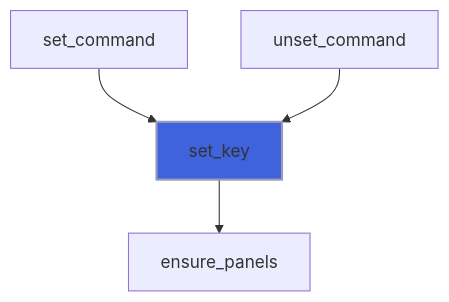
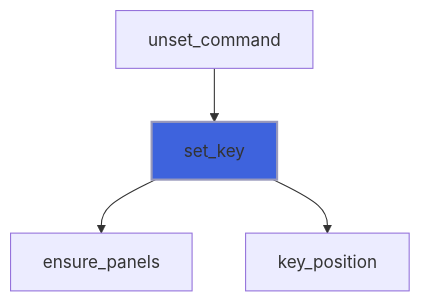
The ninth of 27 diagrams in docs/api/src/lib/foresight_figure.md (szaghi/foresight), drawn with Mermaid before and after one commit. The commit also changed other lines of this file and 42 other files, not shown here.

````diff
--- a/docs/api/src/lib/foresight_figure.md
+++ b/docs/api/src/lib/foresight_figure.md
@@ -292,7 +336,7 @@
 ```mermaid
 flowchart TD
-  set_command["set_command"] --> set_key["set_key"]
   unset_command["unset_command"] --> set_key["set_key"]
   set_key["set_key"] --> ensure_panels["ensure_panels"]
+  set_key["set_key"] --> key_position["key_position"]
   style set_key fill:#3e63dd,stroke:#99b,stroke-width:2px
 ```
````
